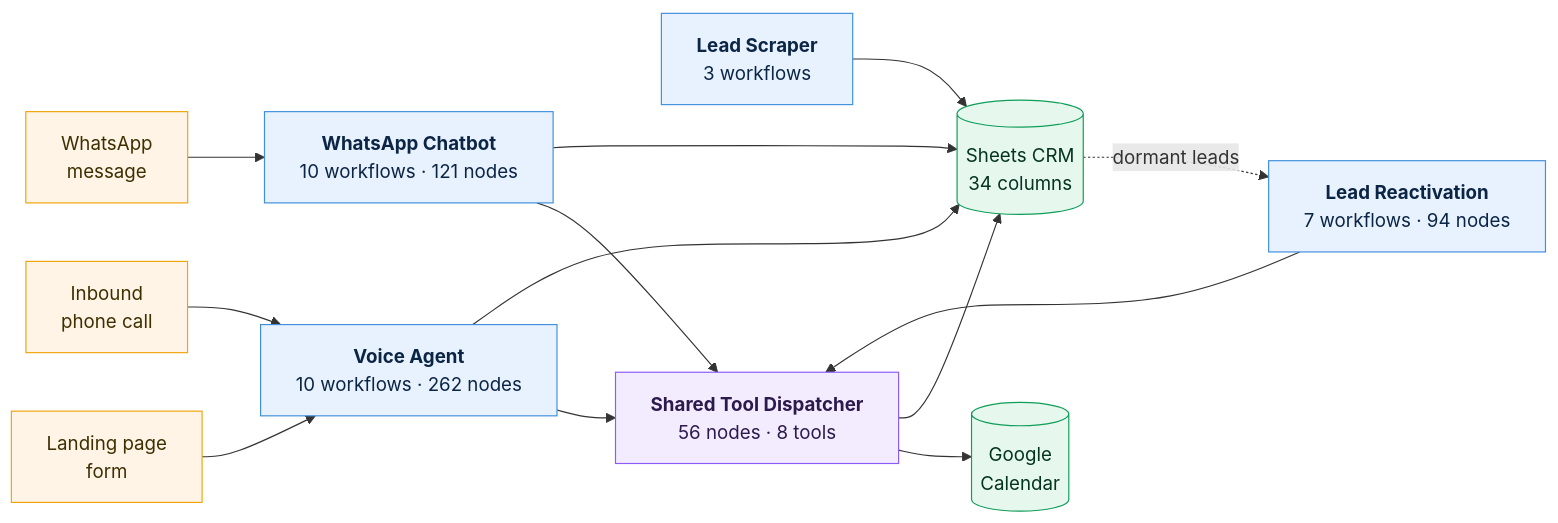
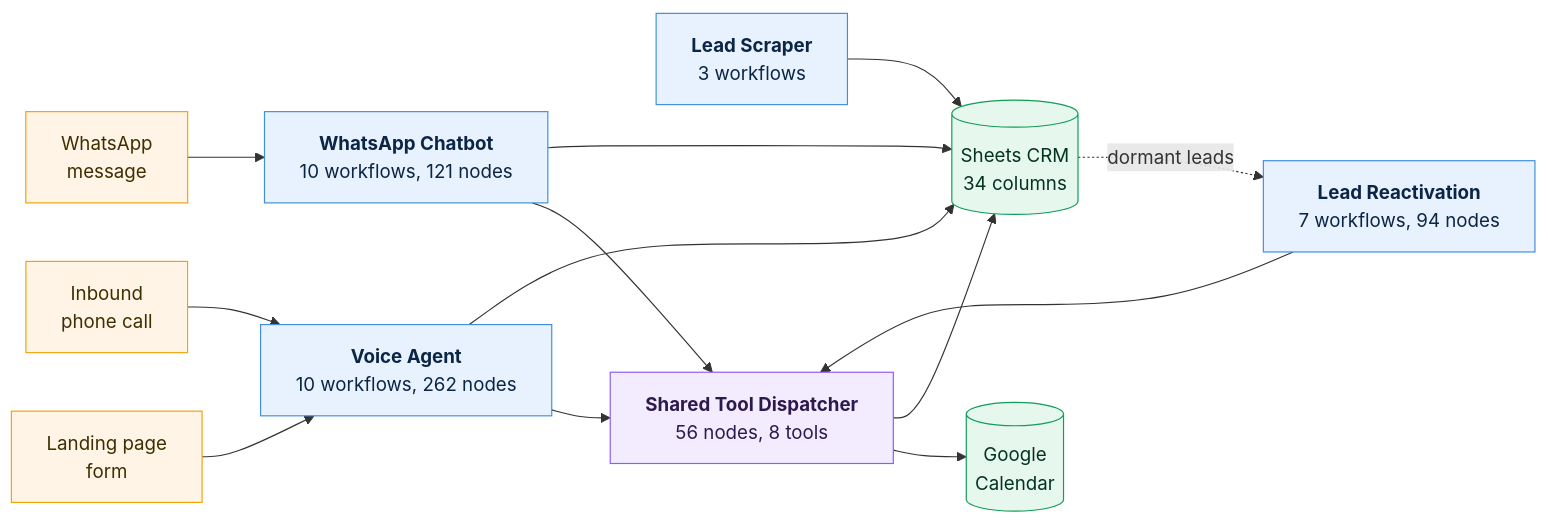
Before and after one commit to mghazwan06-star/plutiolabs-n8n-portfolio: the diagram in README.md, drawn with Mermaid. The commit also changed other lines of this file and 52 other files, not shown here.

First line of the commit message:
Rewrite prose in plain English and fix diagram composition

````diff
--- a/README.md
+++ b/README.md
@@ -10,20 +9,20 @@
 ```mermaid
 flowchart LR
   LP[Landing page<br/>form]:::e --> D2
   PH[Inbound<br/>phone call]:::e --> D2
   WA[WhatsApp<br/>message]:::e --> D3
   D4[<b>Lead Scraper</b><br/>3 workflows]:::s --> CRM
   CRM -.dormant leads.-> D5
-  D2[<b>Voice Agent</b><br/>10 workflows · 262 nodes]:::s --> TD
-  D3[<b>WhatsApp Chatbot</b><br/>10 workflows · 121 nodes]:::s --> TD
-  D5[<b>Lead Reactivation</b><br/>7 workflows · 94 nodes]:::s --> TD
-  TD[<b>Shared Tool Dispatcher</b><br/>56 nodes · 8 tools]:::c
+  D2[<b>Voice Agent</b><br/>10 workflows, 262 nodes]:::s --> TD
+  D3[<b>WhatsApp Chatbot</b><br/>10 workflows, 121 nodes]:::s --> TD
+  D5[<b>Lead Reactivation</b><br/>7 workflows, 94 nodes]:::s --> TD
+  TD[<b>Shared Tool Dispatcher</b><br/>56 nodes, 8 tools]:::c
   TD --> CAL[(Google<br/>Calendar)]:::d
   TD --> CRM[(Sheets CRM<br/>34 columns)]:::d
   D2 --> CRM
   D3 --> CRM
 classDef e fill:#fff4e5,stroke:#f0a30a,color:#3d2f00
 classDef s fill:#e8f1fe,stroke:#408fdd,color:#0b2545
 classDef c fill:#f3ecff,stroke:#8b5cf6,color:#2c1a4d
 classDef d fill:#e6f7ee,stroke:#0f9d58,color:#04331f
 ```
````
